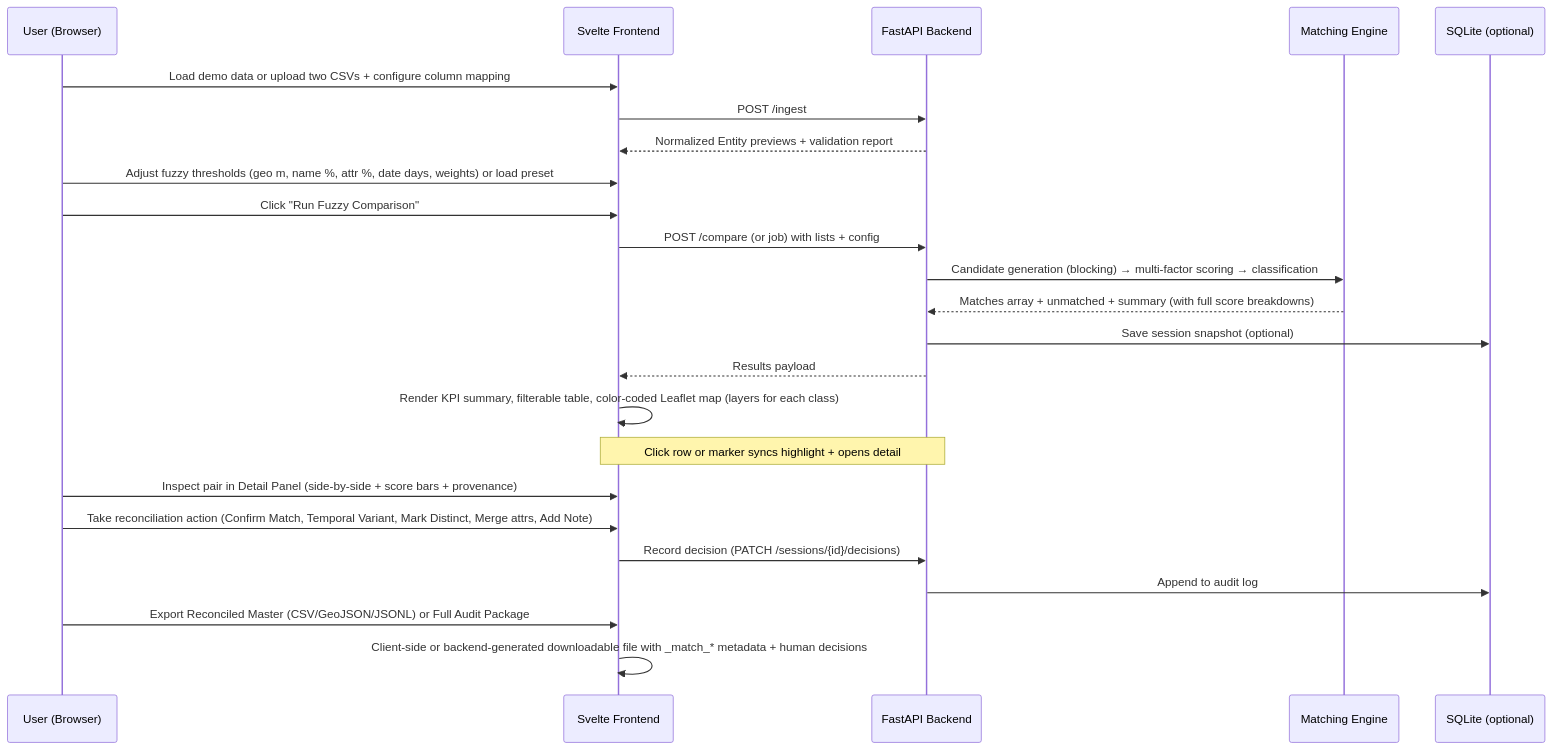
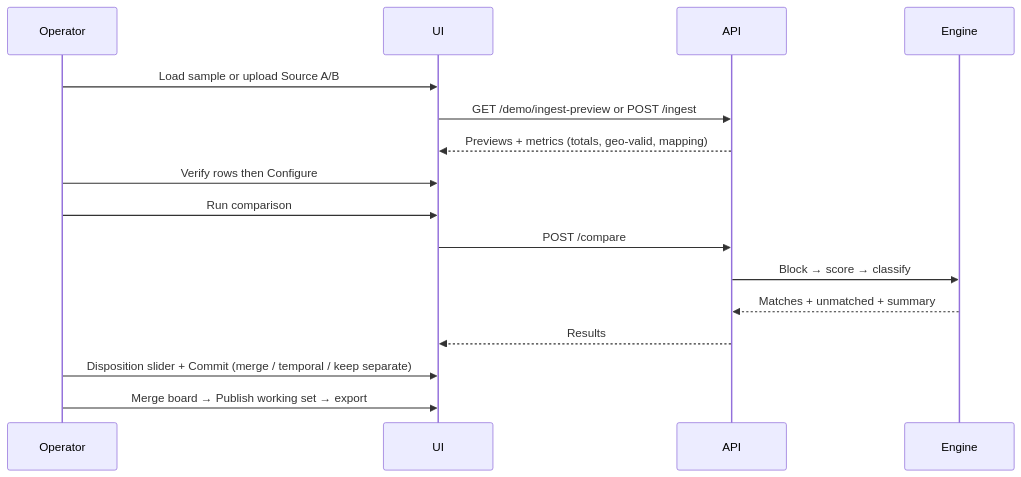
Before and after one commit to mowgli42/fuzzy-reconciler: the second of 2 diagrams in README.md, drawn with Mermaid. The commit also changed other lines of this file and 16 other files, not shown here.

````diff
--- a/README.md
+++ b/README.md
@@ -79,27 +118,19 @@
 ```mermaid
 sequenceDiagram
-    participant U as User (Browser)
-    participant F as Svelte Frontend
-    participant B as FastAPI Backend
-    participant E as Matching Engine
-    participant DB as SQLite (optional)
+    participant U as Operator
+    participant F as UI
+    participant B as API
+    participant E as Engine
 
-    U->>F: Load demo data or upload two CSVs + configure column mapping
-    F->>B: POST /ingest
-    B-->>F: Normalized Entity previews + validation report
-    U->>F: Adjust fuzzy thresholds (geo m, name %, attr %, date days, weights) or load preset
-    U->>F: Click "Run Fuzzy Comparison"
-    F->>B: POST /compare (or job) with lists + config
-    B->>E: Candidate generation (blocking) → multi-factor scoring → classification
-    E-->>B: Matches array + unmatched + summary (with full score breakdowns)
-    B->>DB: Save session snapshot (optional)
-    B-->>F: Results payload
-    F->>F: Render KPI summary, filterable table, color-coded Leaflet map (layers for each class)
-    Note over F,B: Click row or marker syncs highlight + opens detail
-    U->>F: Inspect pair in Detail Panel (side-by-side + score bars + provenance)
-    U->>F: Take reconciliation action (Confirm Match, Temporal Variant, Mark Distinct, Merge attrs, Add Note)
-    F->>B: Record decision (PATCH /sessions/{id}/decisions)
-    B->>DB: Append to audit log
-    U->>F: Export Reconciled Master (CSV/GeoJSON/JSONL) or Full Audit Package
-    F->>F: Client-side or backend-generated downloadable file with _match_* metadata + human decisions
+    U->>F: Load sample or upload Source A/B
+    F->>B: GET /demo/ingest-preview or POST /ingest
+    B-->>F: Previews + metrics (totals, geo-valid, mapping)
+    U->>F: Verify rows then Configure
+    U->>F: Run comparison
+    F->>B: POST /compare
+    B->>E: Block → score → classify
+    E-->>B: Matches + unmatched + summary
+    B-->>F: Results
+    U->>F: Disposition slider + Commit (merge / temporal / keep separate)
+    U->>F: Merge board → Publish working set → export
 ```
````
